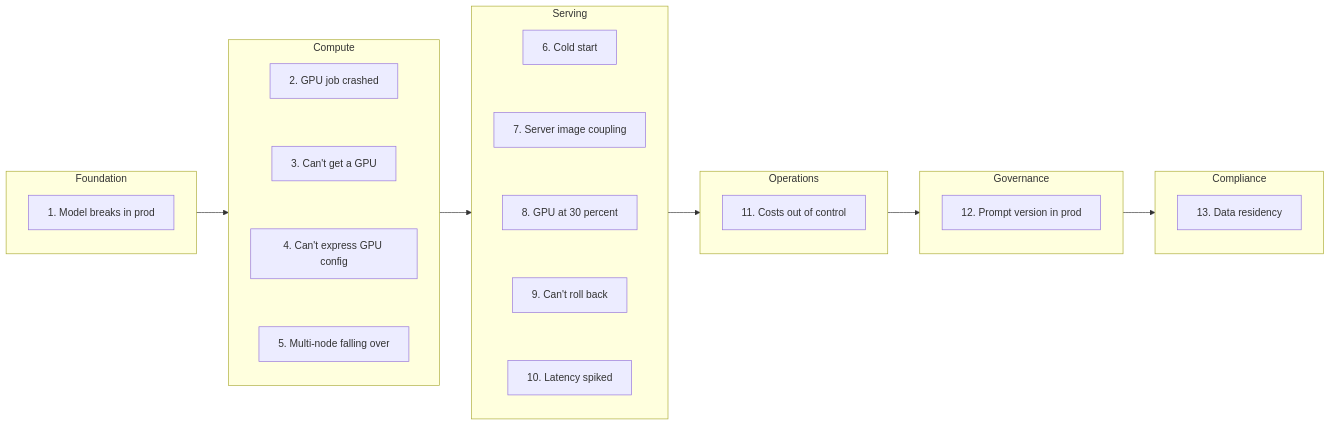
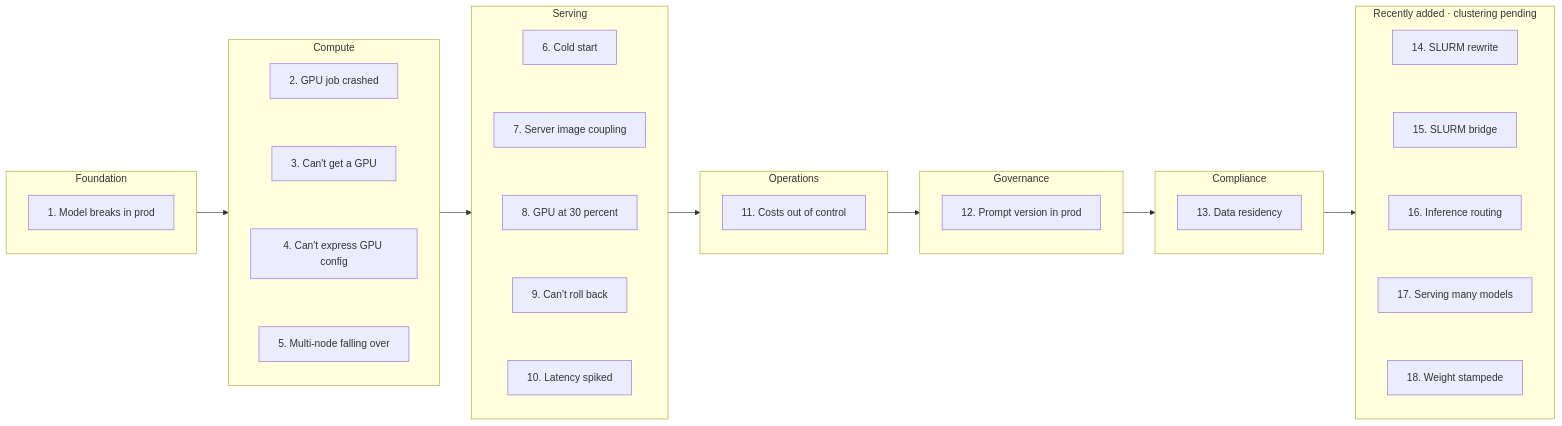
The diagram in README.md (arun-gupta/the-pain-first-way), drawn with Mermaid before and after one commit. The commit also changed other lines of this file and 7 other files, not shown here.

First line of the commit message:
Add pains 14-18: SLURM migration, inference routing, model density, weight stampede

````diff
--- a/README.md
+++ b/README.md
@@ -23,55 +23,72 @@
 ```mermaid
 flowchart LR
     subgraph S1[Foundation]
         direction TB
         N1[1. Model breaks in prod]
     end
     subgraph S2[Compute]
         direction TB
         N2[2. GPU job crashed]
         N3[3. Can't get a GPU]
         N4[4. Can't express GPU config]
         N5[5. Multi-node falling over]
         N2 ~~~ N3
         N3 ~~~ N4
         N4 ~~~ N5
     end
     subgraph S3[Serving]
         direction TB
         N6[6. Cold start]
         N7[7. Server image coupling]
         N8[8. GPU at 30 percent]
         N9[9. Can't roll back]
         N10[10. Latency spiked]
         N6 ~~~ N7
         N7 ~~~ N8
         N8 ~~~ N9
         N9 ~~~ N10
     end
     subgraph S4[Operations]
         direction TB
         N11[11. Costs out of control]
     end
     subgraph S5[Governance]
         direction TB
         N12[12. Prompt version in prod]
     end
     subgraph S6[Compliance]
         direction TB
         N13[13. Data residency]
     end
-    S1 --> S2 --> S3 --> S4 --> S5 --> S6
+    subgraph S7[Recently added · clustering pending]
+        direction TB
+        N14[14. SLURM rewrite]
+        N15[15. SLURM bridge]
+        N16[16. Inference routing]
+        N17[17. Serving many models]
+        N18[18. Weight stampede]
+        N14 ~~~ N15
+        N15 ~~~ N16
+        N16 ~~~ N17
+        N17 ~~~ N18
+    end
+    S1 --> S2 --> S3 --> S4 --> S5 --> S6 --> S7
     click N1 "https://github.com/arun-gupta/the-pain-first-way/blob/main/pains/01-model-works-locally.md"
     click N2 "https://github.com/arun-gupta/the-pain-first-way/blob/main/pains/02-gpu-job-crashed.md"
     click N3 "https://github.com/arun-gupta/the-pain-first-way/blob/main/pains/03-cant-get-a-gpu.md"
     click N4 "https://github.com/arun-gupta/the-pain-first-way/blob/main/pains/04-whole-gpus-only.md"
     click N5 "https://github.com/arun-gupta/the-pain-first-way/blob/main/pains/05-multi-node-training.md"
     click N6 "https://github.com/arun-gupta/the-pain-first-way/blob/main/pains/06-cold-start.md"
     click N7 "https://github.com/arun-gupta/the-pain-first-way/blob/main/pains/07-server-image-coupling.md"
     click N8 "https://github.com/arun-gupta/the-pain-first-way/blob/main/pains/08-gpu-underutilized.md"
     click N9 "https://github.com/arun-gupta/the-pain-first-way/blob/main/pains/09-cant-roll-back.md"
     click N10 "https://github.com/arun-gupta/the-pain-first-way/blob/main/pains/10-latency-spiked.md"
     click N11 "https://github.com/arun-gupta/the-pain-first-way/blob/main/pains/11-costs-out-of-control.md"
     click N12 "https://github.com/arun-gupta/the-pain-first-way/blob/main/pains/12-prompt-version.md"
     click N13 "https://github.com/arun-gupta/the-pain-first-way/blob/main/pains/13-data-residency.md"
+    click N14 "https://github.com/arun-gupta/the-pain-first-way/blob/main/pains/14-slurm-migration.md"
+    click N15 "https://github.com/arun-gupta/the-pain-first-way/blob/main/pains/15-slurm-bridge.md"
+    click N16 "https://github.com/arun-gupta/the-pain-first-way/blob/main/pains/16-inference-routing.md"
+    click N17 "https://github.com/arun-gupta/the-pain-first-way/blob/main/pains/17-serving-many-models.md"
+    click N18 "https://github.com/arun-gupta/the-pain-first-way/blob/main/pains/18-weight-stampede.md"
 ```
````
